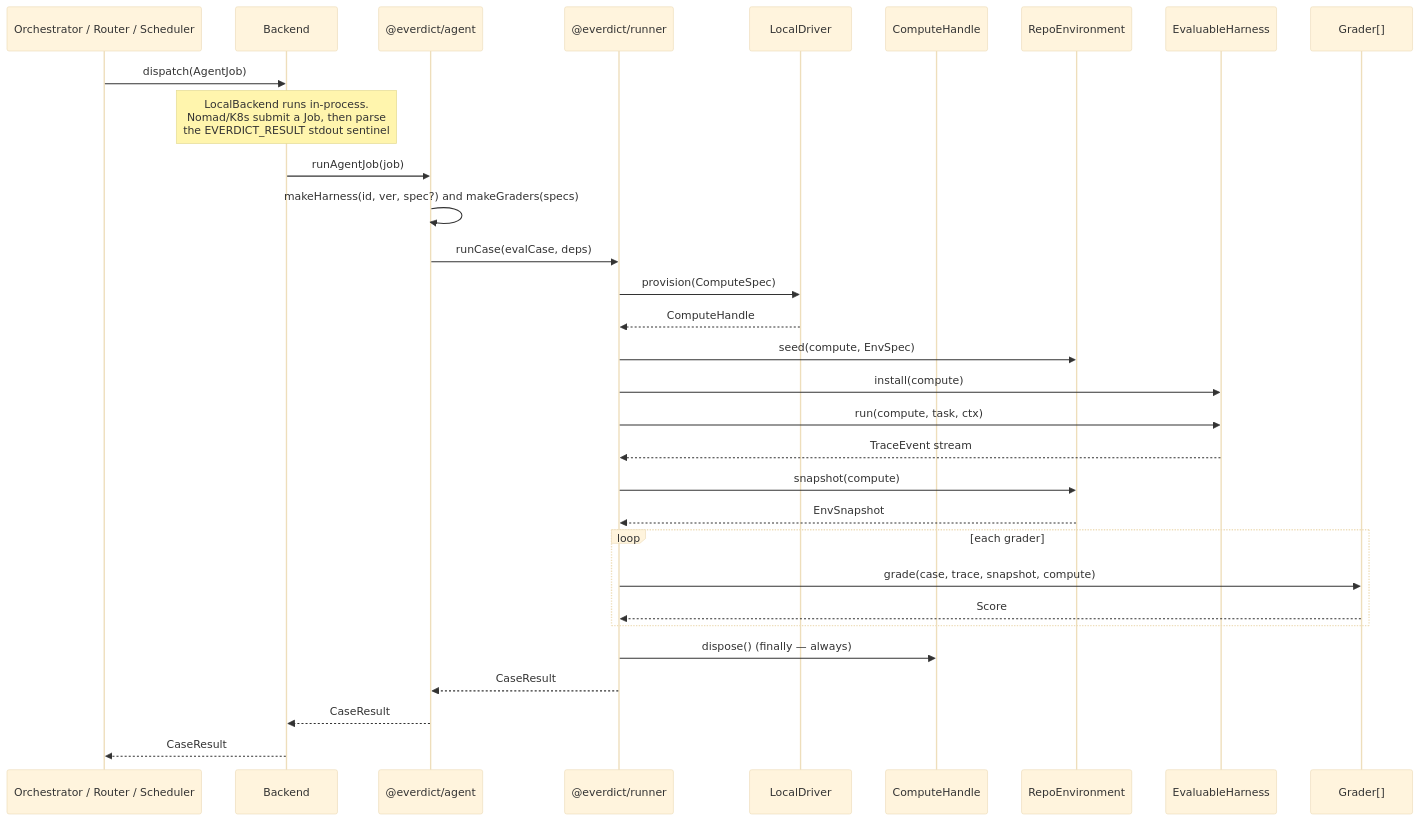
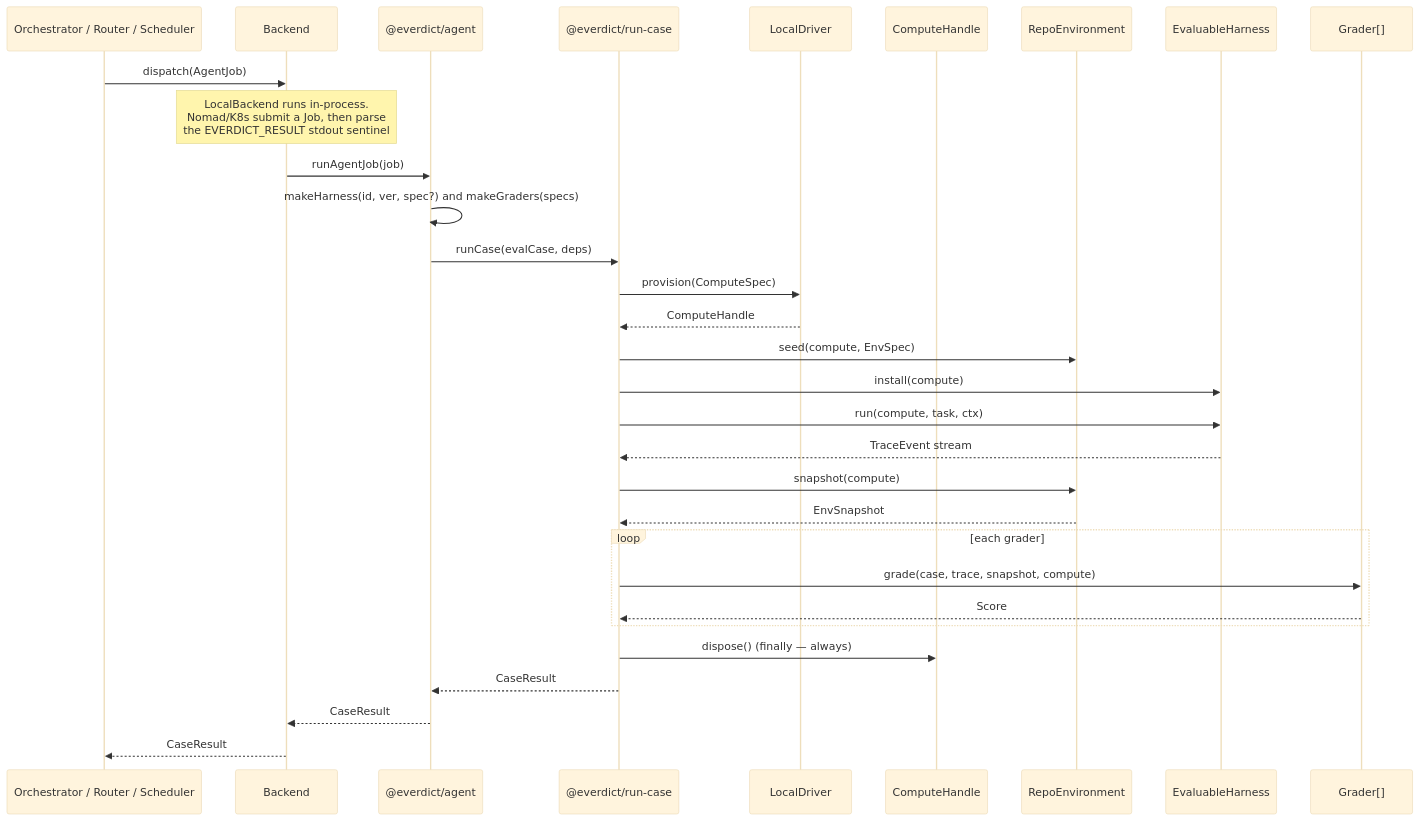
The second of 24 diagrams in docs/architecture/collaboration.md (everdict/everdict), drawn with Mermaid (base theme) before and after one commit. The commit also changed other lines of this file and 42 other files, not shown here.

First line of the commit message:
refactor: rename runner->run-case and runner-core->self-hosted-runner

````diff
--- a/docs/architecture/collaboration.md
+++ b/docs/architecture/collaboration.md
@@ -132,34 +132,34 @@
 ```mermaid
 sequenceDiagram
   participant Caller as Orchestrator / Router / Scheduler
   participant Backend
   participant Agent as @everdict/agent
-  participant Runner as @everdict/runner
+  participant Runner as @everdict/run-case
   participant Driver as LocalDriver
   participant Compute as ComputeHandle
   participant Env as RepoEnvironment
   participant Harness as EvaluableHarness
   participant Grader as Grader[]
 
   Caller->>Backend: dispatch(AgentJob)
   Note over Backend: LocalBackend runs in-process.<br/>Nomad/K8s submit a Job, then parse<br/>the EVERDICT_RESULT stdout sentinel
   Backend->>Agent: runAgentJob(job)
   Agent->>Agent: makeHarness(id, ver, spec?) and makeGraders(specs)
   Agent->>Runner: runCase(evalCase, deps)
   Runner->>Driver: provision(ComputeSpec)
   Driver-->>Runner: ComputeHandle
   Runner->>Env: seed(compute, EnvSpec)
   Runner->>Harness: install(compute)
   Runner->>Harness: run(compute, task, ctx)
   Harness-->>Runner: TraceEvent stream
   Runner->>Env: snapshot(compute)
   Env-->>Runner: EnvSnapshot
   loop each grader
     Runner->>Grader: grade(case, trace, snapshot, compute)
     Grader-->>Runner: Score
   end
   Runner->>Compute: dispose()  (finally — always)
   Runner-->>Agent: CaseResult
   Agent-->>Backend: CaseResult
   Backend-->>Caller: CaseResult
 ```
````
